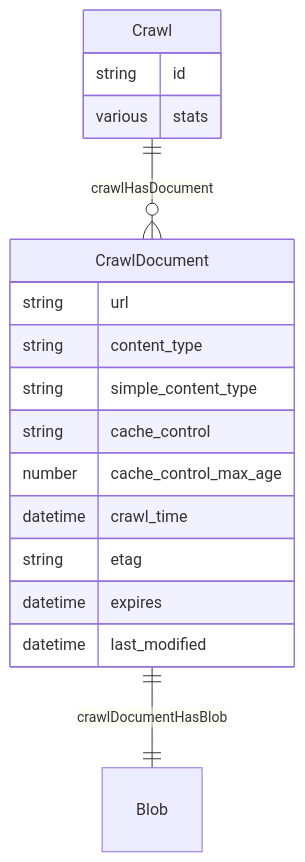
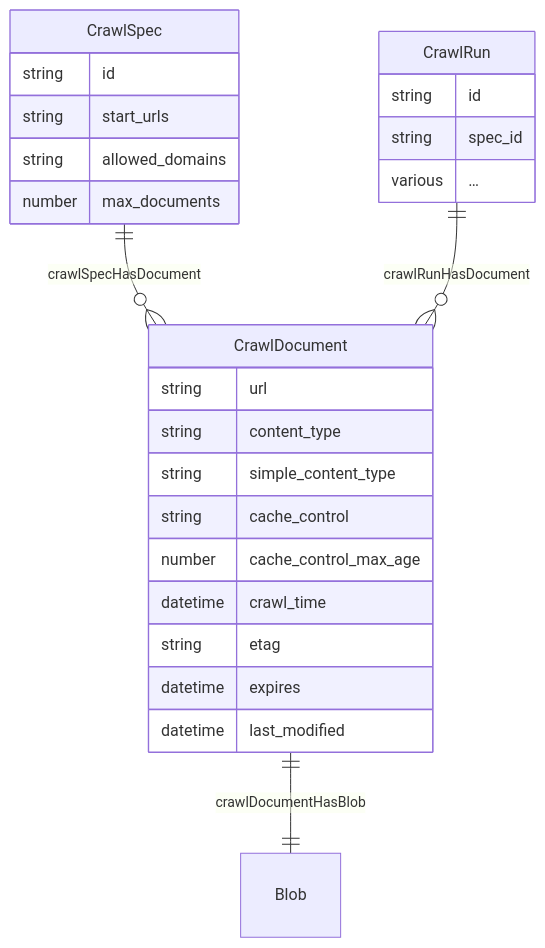
Before and after one commit to aperture-data/workflows: the first of 2 diagrams in apps/crawl-website/README.md, drawn with Mermaid. The commit also changed other lines of this file, not shown here.

Commit message:
fix diagrams again

````diff
--- a/apps/crawl-website/README.md
+++ b/apps/crawl-website/README.md
@@ -11,21 +11,29 @@
 ```mermaid
 erDiagram 
     Blob {}
     CrawlDocument {
         string url
         string content_type
         string simple_content_type
         string cache_control
         number cache_control_max_age
         datetime crawl_time
         string etag
         datetime expires
         datetime last_modified
     }
-    Crawl {
+    CrawlSpec {
         string id
-        various stats
+        string start_urls
+        string allowed_domains
+        number max_documents
     }
-    Crawl ||--o{ CrawlDocument : crawlHasDocument
+    CrawlRun {
+        string id
+        string spec_id
+        various …
+    }
+    CrawlSpec ||--o{ CrawlDocument : crawlSpecHasDocument
+    CrawlRun ||--o{ CrawlDocument : crawlRunHasDocument
     CrawlDocument ||--|| Blob : crawlDocumentHasBlob
 ```
````
